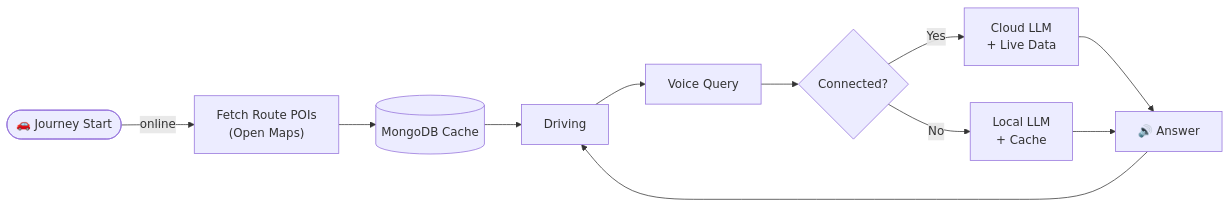
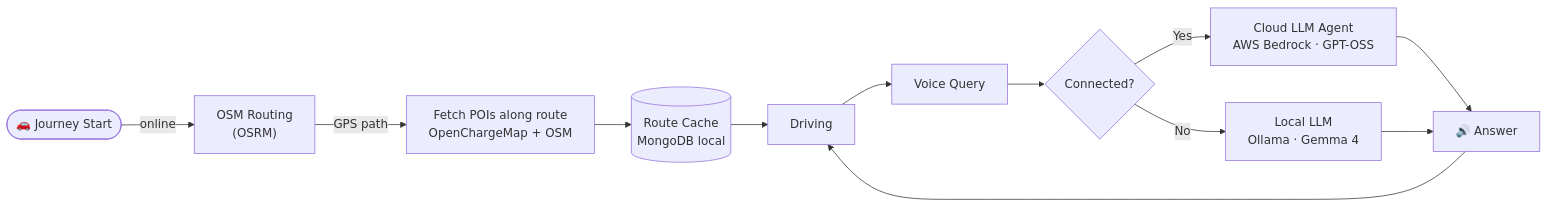
Before and after one commit to Bosch-Connected-Experience-26/Canals: the diagram in canals-workspace/Use Case.md, drawn with Mermaid. The commit also changed other lines of this file and 2 other files, not shown here.

Commit message:
adds workspace notes

````diff
--- a/canals-workspace/Use Case.md
+++ b/canals-workspace/Use Case.md
@@ -9,16 +9,17 @@
 ```mermaid
 flowchart LR
-    Start(["🚗 Journey Start"]) -->|online| Fetch["Fetch Route POIs<br>(Open Maps)"]
-    Fetch --> Cache[("MongoDB Cache")]
+    Start(["🚗 Journey Start"]) -->|online| Route["OSM Routing<br>(OSRM)"]
+    Route -->|GPS path| Fetch["Fetch POIs along route<br>OpenChargeMap + OSM"]
+    Fetch --> Cache[("Route Cache<br>MongoDB local")]
 
     Cache --> Drive["Driving"]
     Drive --> Query["Voice Query"]
 
     Query --> Check{Connected?}
-    Check -- Yes --> CloudLLM["Cloud LLM<br>+ Live Data"]
-    Check -- No --> LocalLLM["Local LLM<br>+ Cache"]
+    Check -- Yes --> CloudLLM["Cloud LLM Agent<br>AWS Bedrock · GPT-OSS"]
+    Check -- No --> LocalLLM["Local LLM<br>Ollama · Gemma 4"]
 
     CloudLLM --> Answer["🔊 Answer"]
     LocalLLM --> Answer
     Answer --> Drive
 ```
````
